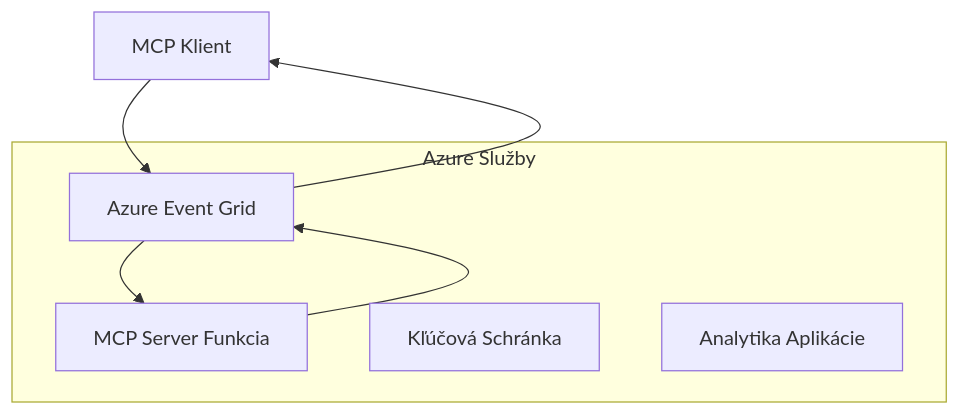
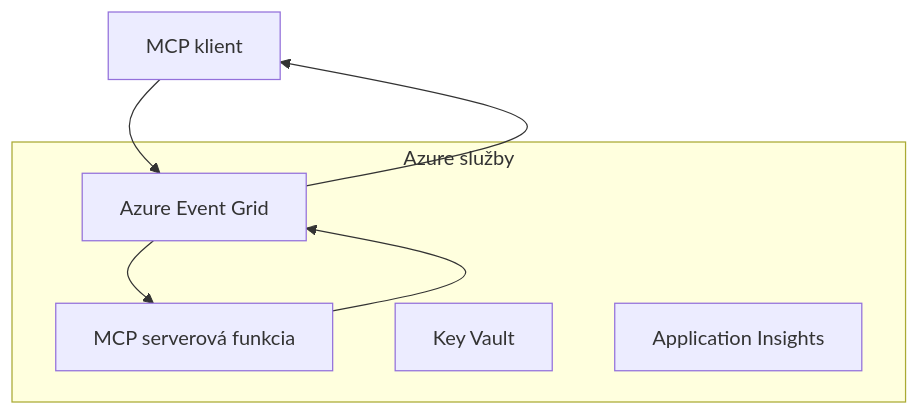
The first of 2 diagrams in mcp_ecosystem__model_context_protocol/mcp_learning_resources/mcp-for-beginners/translations/sk/05-AdvancedTopics/mcp-transport/README.md (HIDORAKAI002/ai-workspace-archive), drawn with Mermaid before and after one commit. The commit also changed other lines of this file and 1046 other files, not shown here.

````diff
--- a/mcp_ecosystem__model_context_protocol/mcp_learning_resources/mcp-for-beginners/translations/sk/05-AdvancedTopics/mcp-transport/README.md
+++ b/mcp_ecosystem__model_context_protocol/mcp_learning_resources/mcp-for-beginners/translations/sk/05-AdvancedTopics/mcp-transport/README.md
@@ -58,14 +60,14 @@
 ```mermaid
 graph TB
-    Client[MCP Klient] --> EG[Azure Event Grid]
-    EG --> Server[MCP Server Funkcia]
+    Client[MCP klient] --> EG[Azure Event Grid]
+    EG --> Server[MCP serverová funkcia]
     Server --> EG
     EG --> Client
     
-    subgraph "Azure Služby"
+    subgraph "Azure služby"
         EG
         Server
-        KV[Kľúčová Schránka]
-        Monitor[Analytika Aplikácie]
+        KV[Key Vault]
+        Monitor[Application Insights]
     end
 ```
````
